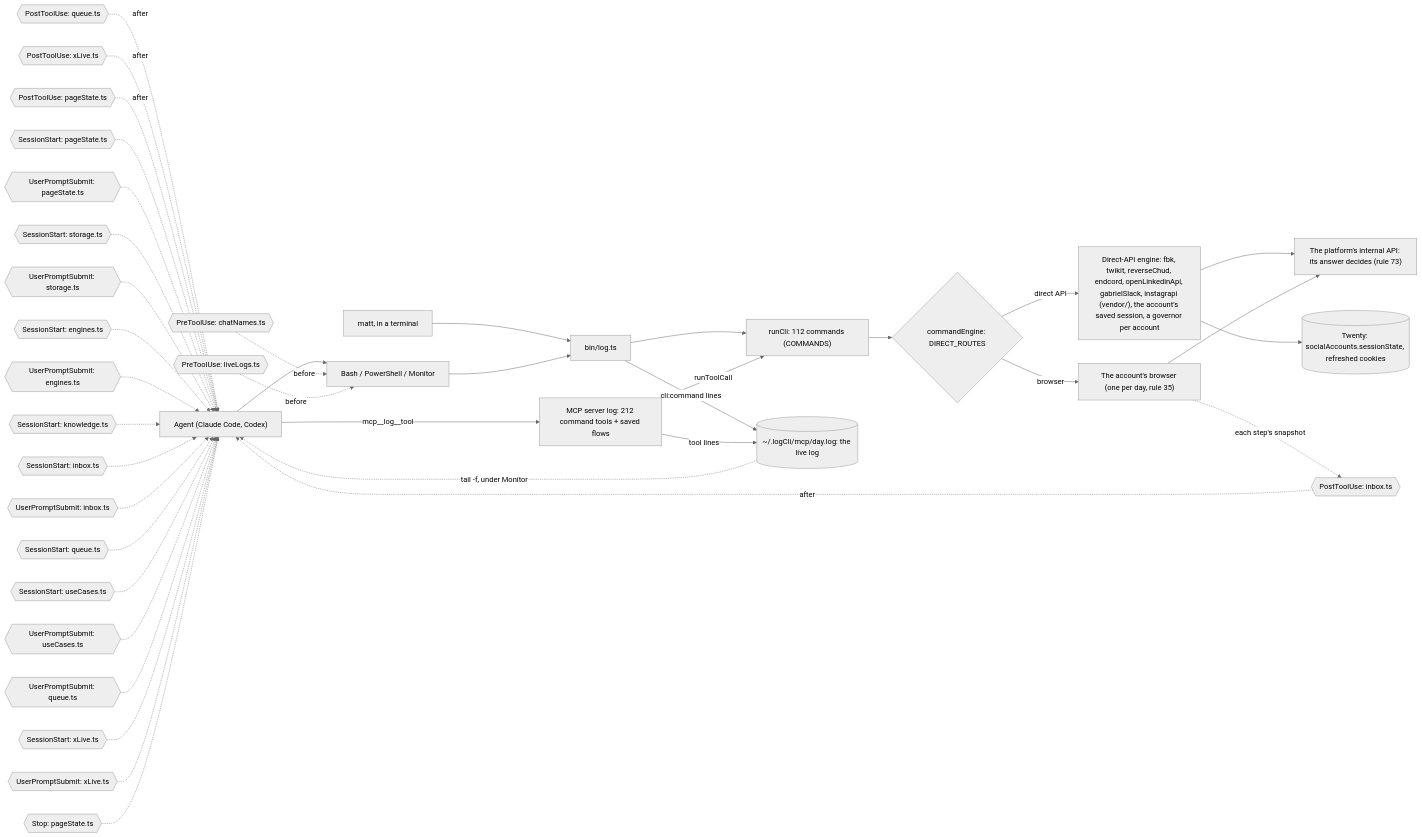
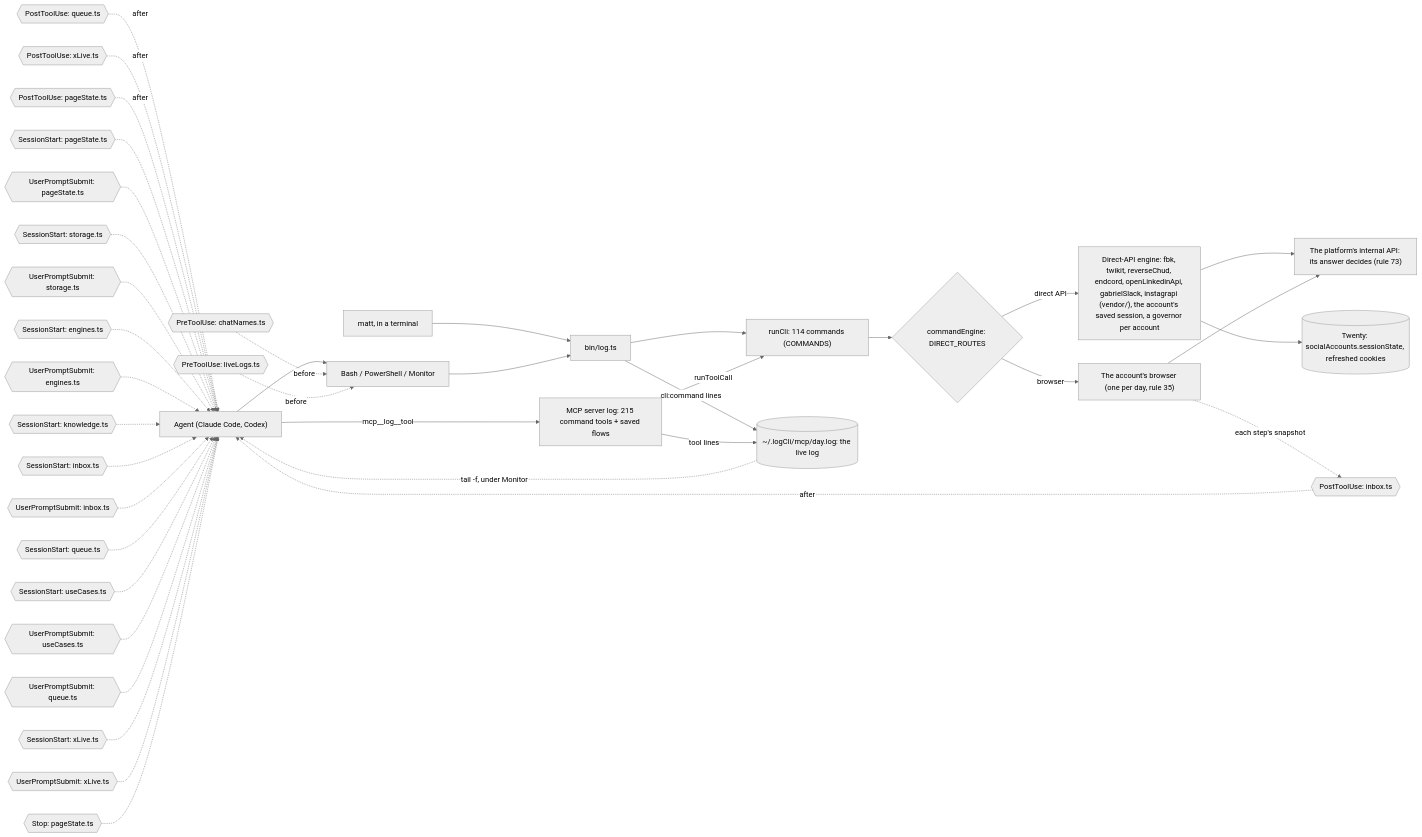
The third of 6 diagrams in docs/reference.md (matthewdonsemail-lab/log), drawn with Mermaid (neutral theme) before and after one commit. The commit also changed other lines of this file and 29 other files, not shown here.

````diff
--- a/docs/reference.md
+++ b/docs/reference.md
@@ -197,53 +199,53 @@
 ```mermaid
 flowchart LR
   agent["Agent (Claude Code, Codex)"]
   matt["matt, in a terminal"]
   shell["Bash / PowerShell / Monitor"]
-  mcp["MCP server log: 212 command tools + saved flows"]
+  mcp["MCP server log: 215 command tools + saved flows"]
   bin["bin/log.ts"]
-  runCli["runCli: 112 commands (COMMANDS)"]
+  runCli["runCli: 114 commands (COMMANDS)"]
   live[("~/.logCli/mcp/day.log: the live log")]
   engine{"commandEngine: DIRECT_ROUTES"}
   direct["Direct-API engine: fbk, twikit, reverseChud, endcord, openLinkedinApi, gabrielSlack, instagrapi (vendor/), the account's saved session, a governor per account"]
   browser["The account's browser (one per day, rule 35)"]
   api["The platform's internal API: its answer decides (rule 73)"]
   twenty[("Twenty: socialAccounts.sessionState, refreshed cookies")]
   agent --> shell
   matt --> bin
   shell --> bin
   agent -->|mcp__log__tool| mcp
   bin --> runCli
   mcp -->|runToolCall| runCli
   runCli --> engine
   engine -->|direct API| direct
   engine -->|browser| browser
   direct --> api
   browser --> api
   direct --> twenty
   bin -->|cli:command lines| live
   mcp -->|tool lines| live
   live -.->|tail -f, under Monitor| agent
   pre0{{"PreToolUse: chatNames.ts"}} -.->|before| shell
   pre1{{"PreToolUse: liveLogs.ts"}} -.->|before| shell
   post0{{"PostToolUse: inbox.ts"}} -.->|after| agent
   post1{{"PostToolUse: queue.ts"}} -.->|after| agent
   post2{{"PostToolUse: xLive.ts"}} -.->|after| agent
   post3{{"PostToolUse: pageState.ts"}} -.->|after| agent
   turn0{{"SessionStart: pageState.ts"}} -.-> agent
   turn1{{"UserPromptSubmit: pageState.ts"}} -.-> agent
   turn2{{"SessionStart: storage.ts"}} -.-> agent
   turn3{{"UserPromptSubmit: storage.ts"}} -.-> agent
   turn4{{"SessionStart: engines.ts"}} -.-> agent
   turn5{{"UserPromptSubmit: engines.ts"}} -.-> agent
   turn6{{"SessionStart: knowledge.ts"}} -.-> agent
   turn7{{"SessionStart: inbox.ts"}} -.-> agent
   turn8{{"UserPromptSubmit: inbox.ts"}} -.-> agent
   turn9{{"SessionStart: queue.ts"}} -.-> agent
   turn10{{"SessionStart: useCases.ts"}} -.-> agent
   turn11{{"UserPromptSubmit: useCases.ts"}} -.-> agent
   turn12{{"UserPromptSubmit: queue.ts"}} -.-> agent
   turn13{{"SessionStart: xLive.ts"}} -.-> agent
   turn14{{"UserPromptSubmit: xLive.ts"}} -.-> agent
   turn15{{"Stop: pageState.ts"}} -.-> agent
   browser -.->|each step's snapshot| post0
 ```
````
